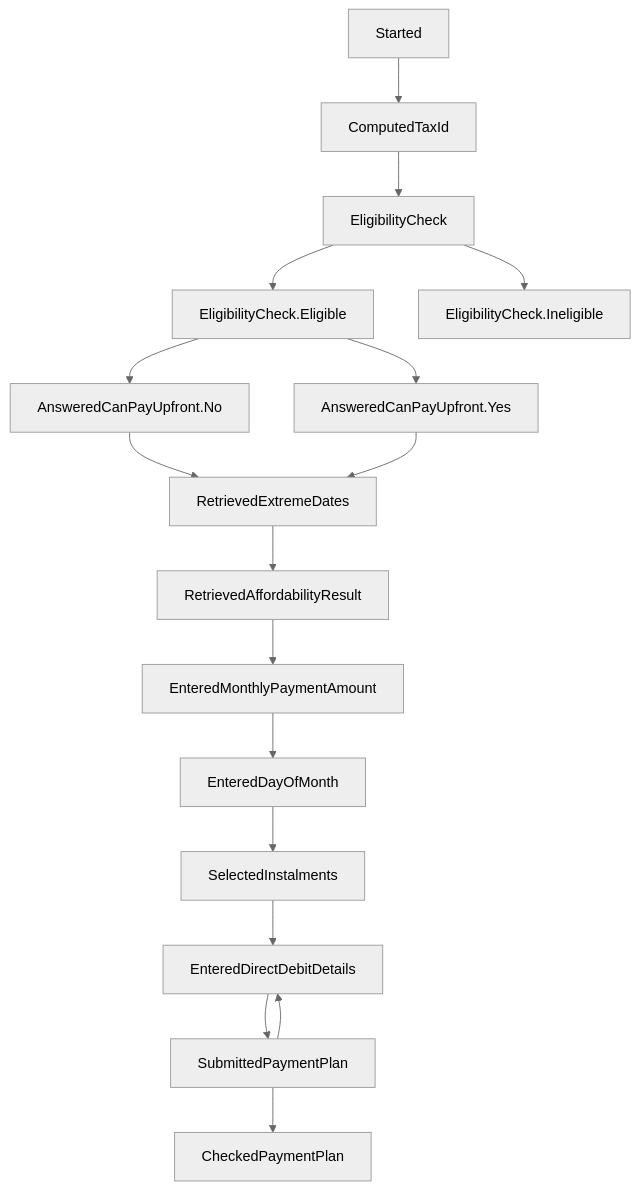
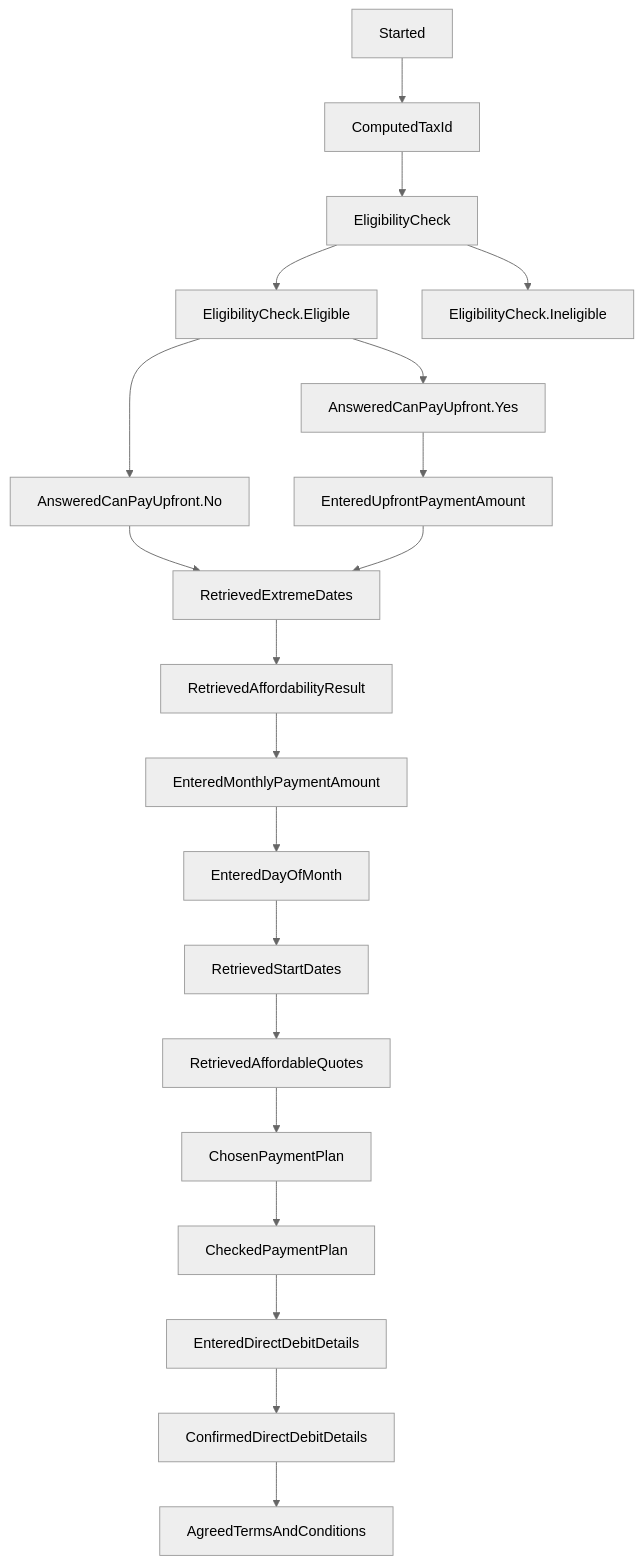
One commit to hmrc/essttp-backend changed the diagram in README.md. Above: the diagram before and after it, drawn with Mermaid (neutral theme). The commit also changed 26 other files, not shown here.

Commit message:
[JB][SUPP-164] add simple stage for agreeing to terms and conditions (#39)

````diff
--- a/README.md
+++ b/README.md
@@ -16,19 +16,21 @@
 ```mermaid
 graph TD;
     Started --> ComputedTaxId;
     ComputedTaxId --> EligibilityCheck;
     EligibilityCheck --> EligibilityCheck.Eligible;
     EligibilityCheck --> EligibilityCheck.Ineligible;
     EligibilityCheck.Eligible --> AnsweredCanPayUpfront.Yes;
     EligibilityCheck.Eligible --> AnsweredCanPayUpfront.No;
     AnsweredCanPayUpfront.No --> RetrievedExtremeDates;
-    AnsweredCanPayUpfront.Yes --> RetrievedExtremeDates;
+    AnsweredCanPayUpfront.Yes --> EnteredUpfrontPaymentAmount --> RetrievedExtremeDates;
     RetrievedExtremeDates --> RetrievedAffordabilityResult;
     RetrievedAffordabilityResult --> EnteredMonthlyPaymentAmount;
     EnteredMonthlyPaymentAmount --> EnteredDayOfMonth;
-    EnteredDayOfMonth --> SelectedInstalments;
-    SelectedInstalments --> EnteredDirectDebitDetails;
-    EnteredDirectDebitDetails --> SubmittedPaymentPlan;
-    SubmittedPaymentPlan --> CheckedPaymentPlan;
-    SubmittedPaymentPlan --> EnteredDirectDebitDetails;
+    EnteredDayOfMonth --> RetrievedStartDates;
+    RetrievedStartDates --> RetrievedAffordableQuotes;
+    RetrievedAffordableQuotes --> ChosenPaymentPlan;
+    ChosenPaymentPlan --> CheckedPaymentPlan;
+    CheckedPaymentPlan --> EnteredDirectDebitDetails;
+    EnteredDirectDebitDetails --> ConfirmedDirectDebitDetails;
+    ConfirmedDirectDebitDetails --> AgreedTermsAndConditions;
 ```
````
